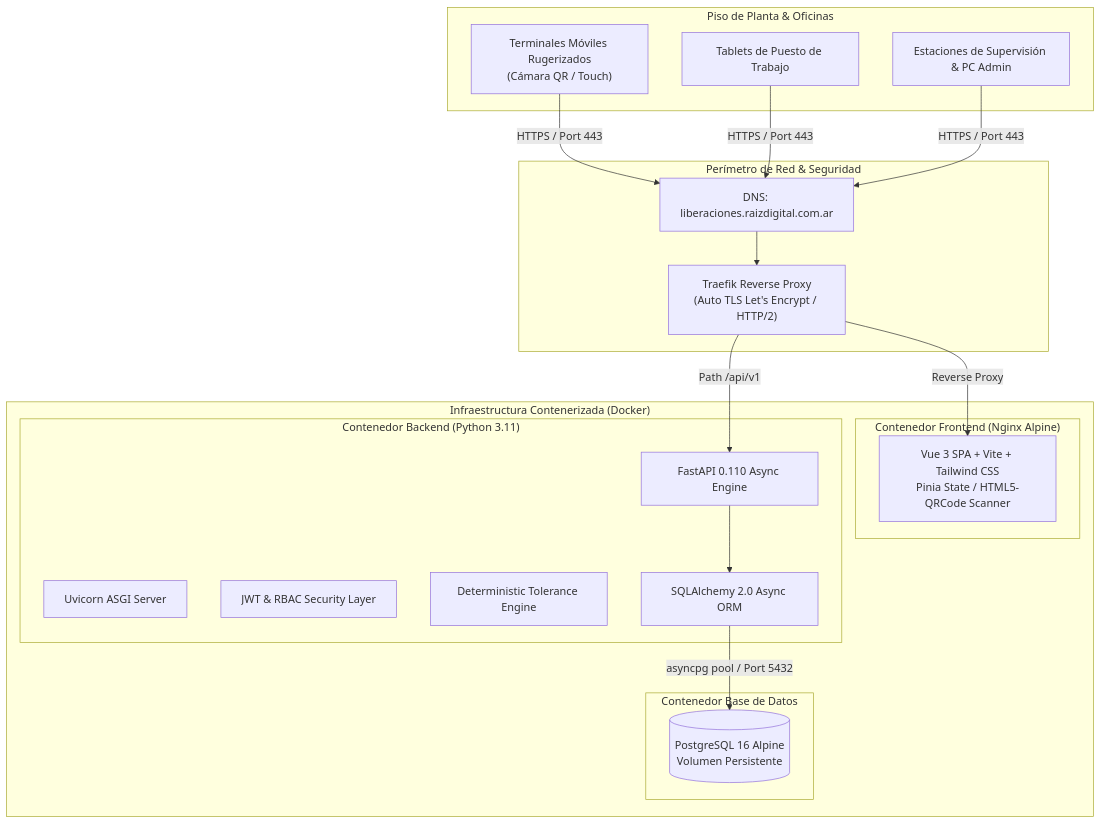
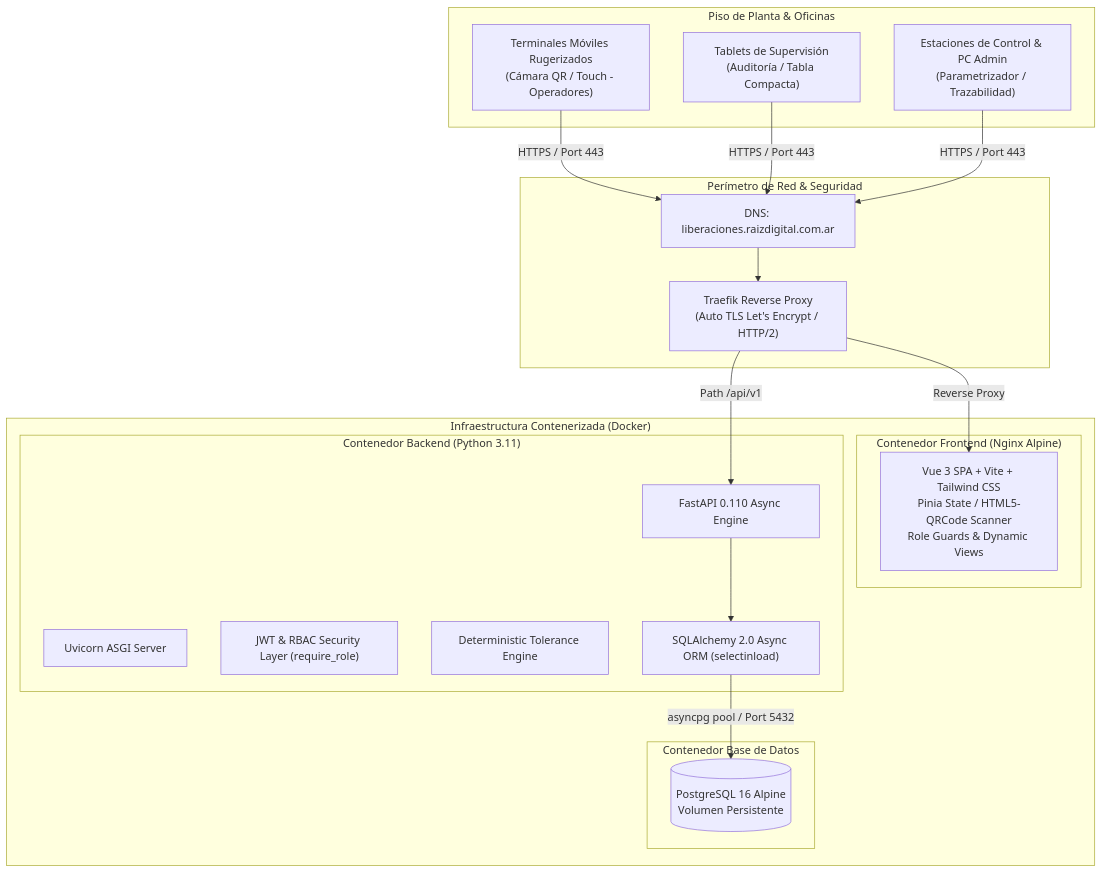
Before and after one commit to narielponce/liberaciones: the first of 2 diagrams in WHITE_PAPER.md, drawn with Mermaid. The commit also changed other lines of this file, not shown here.

Commit message:
docs: update white paper with high-density audit table and RBAC architecture

````diff
--- a/WHITE_PAPER.md
+++ b/WHITE_PAPER.md
@@ -65,38 +77,38 @@
 ```mermaid
 flowchart TB
     subgraph Clientes["Piso de Planta & Oficinas"]
-        M1["Terminales Móviles Rugerizados<br/>(Cámara QR / Touch)"]
-        T1["Tablets de Puesto de Trabajo"]
-        PC1["Estaciones de Supervisión & PC Admin"]
+        M1["Terminales Móviles Rugerizados<br/>(Cámara QR / Touch - Operadores)"]
+        T1["Tablets de Supervisión<br/>(Auditoría / Tabla Compacta)"]
+        PC1["Estaciones de Control & PC Admin<br/>(Parametrizador / Trazabilidad)"]
     end
 
     subgraph Perimetro["Perímetro de Red & Seguridad"]
         DNS["DNS: liberaciones.raizdigital.com.ar"]
         TRAEFIK["Traefik Reverse Proxy<br/>(Auto TLS Let's Encrypt / HTTP/2)"]
     end
 
     subgraph InfraDocker["Infraestructura Contenerizada (Docker)"]
         subgraph FrontContainer["Contenedor Frontend (Nginx Alpine)"]
-            SPA["Vue 3 SPA + Vite + Tailwind CSS<br/>Pinia State / HTML5-QRCode Scanner"]
+            SPA["Vue 3 SPA + Vite + Tailwind CSS<br/>Pinia State / HTML5-QRCode Scanner<br/>Role Guards & Dynamic Views"]
         end
 
         subgraph BackContainer["Contenedor Backend (Python 3.11)"]
             UVICORN["Uvicorn ASGI Server"]
             FASTAPI["FastAPI 0.110 Async Engine"]
-            AUTH["JWT & RBAC Security Layer"]
+            AUTH["JWT & RBAC Security Layer (require_role)"]
             VAL_ENGINE["Deterministic Tolerance Engine"]
-            ORM["SQLAlchemy 2.0 Async ORM"]
+            ORM["SQLAlchemy 2.0 Async ORM (selectinload)"]
         end
 
         subgraph DBContainer["Contenedor Base de Datos"]
             PG[("PostgreSQL 16 Alpine<br/>Volumen Persistente")]
         end
     end
 
     M1 & T1 & PC1 -->|HTTPS / Port 443| DNS
     DNS --> TRAEFIK
     TRAEFIK -->|Reverse Proxy| SPA
     TRAEFIK -->|Path /api/v1| FASTAPI
     FASTAPI --> ORM
     ORM -->|asyncpg pool / Port 5432| PG
 ```
````
